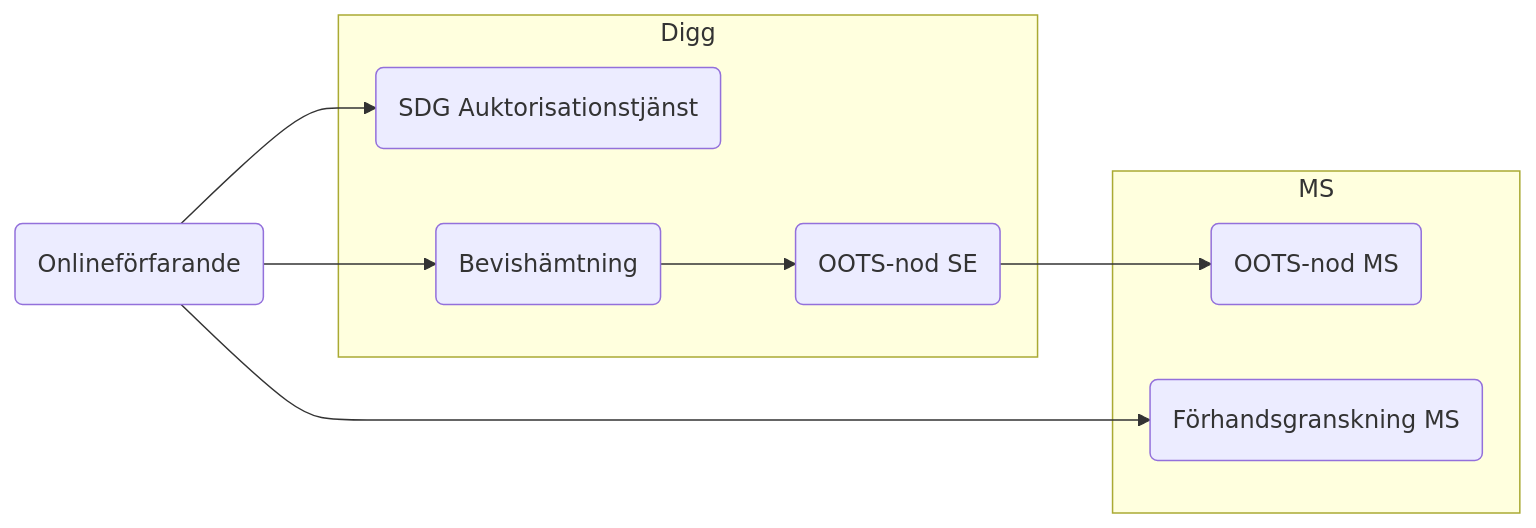
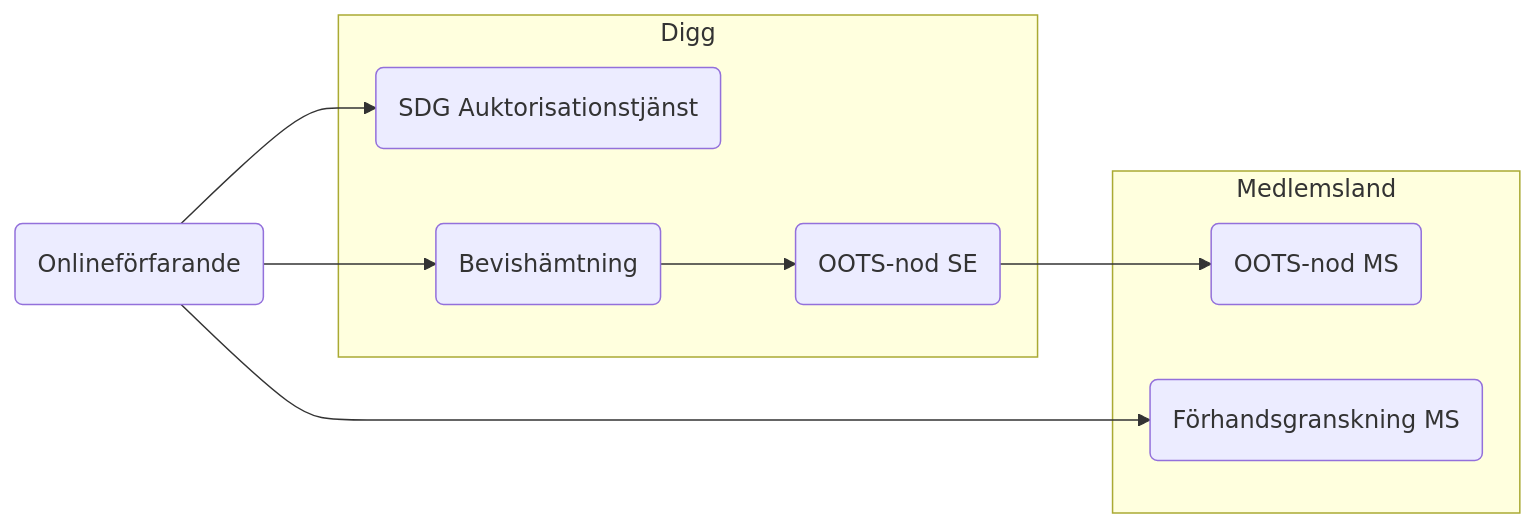
Before and after one commit to diggsweden/sdg-intermediation-eu: the first of 2 diagrams in README.md, drawn with Mermaid. The commit also changed other lines of this file, not shown here.

Commit message:
Justeringar i diagram och beskrivningar

````diff
--- a/README.md
+++ b/README.md
@@ -7,18 +8,18 @@
 ```mermaid
 flowchart LR
-    subgraph MS
+    subgraph Medlemsland
         OMS(OOTS-nod MS)
         FG(Förhandsgranskning MS)
     end
     subgraph Digg
         AT(SDG Auktorisationstjänst)
         OSE(OOTS-nod SE)
         BH(Bevishämtning)
     end
             OLF(Onlineförfarande)-->AT
             OLF-->BH
             BH-->OSE
             OSE-->OMS
             OLF-->FG
     
 ```
````
